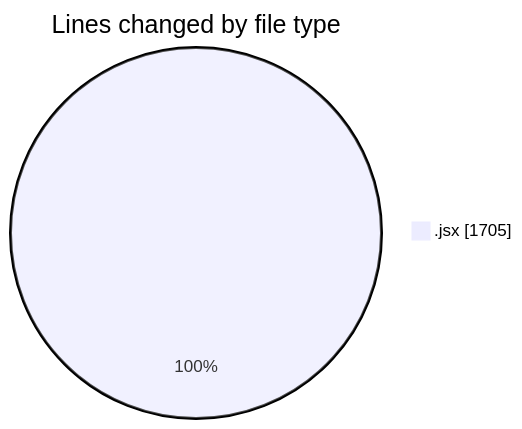
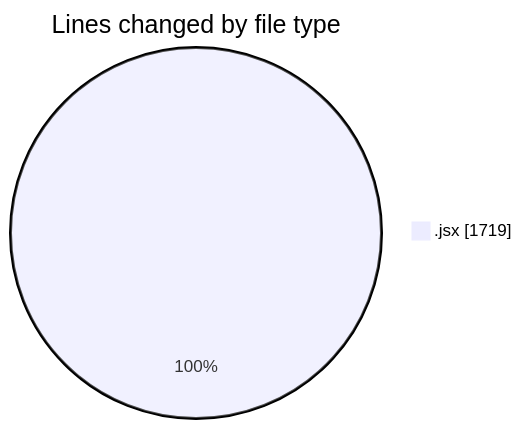
One commit to nxtqubesakshisongat/code-tracking changed the first of 2 diagrams in 2025-05-26/nxtqube_webapp/README.md. Above: the diagram before and after it, drawn with Mermaid. The commit also changed other lines of this file and 1 other file, not shown here.

````diff
--- a/2025-05-26/nxtqube_webapp/README.md
+++ b/2025-05-26/nxtqube_webapp/README.md
@@ -20,5 +20,5 @@
 ```mermaid
 pie showData
 title Lines changed by file type
-".jsx" : 1705
+".jsx" : 1719
 ```
````
